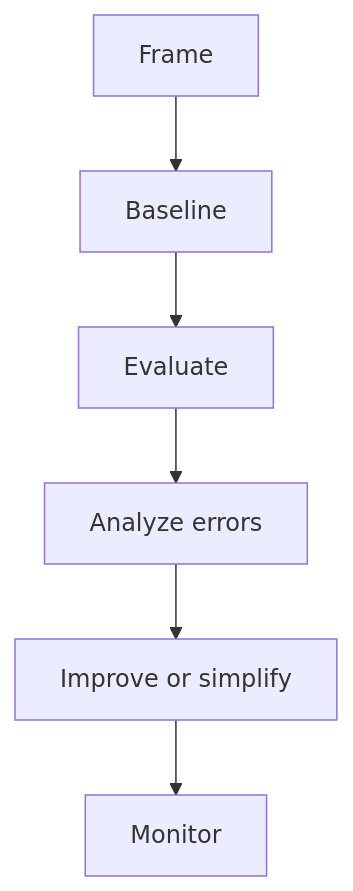
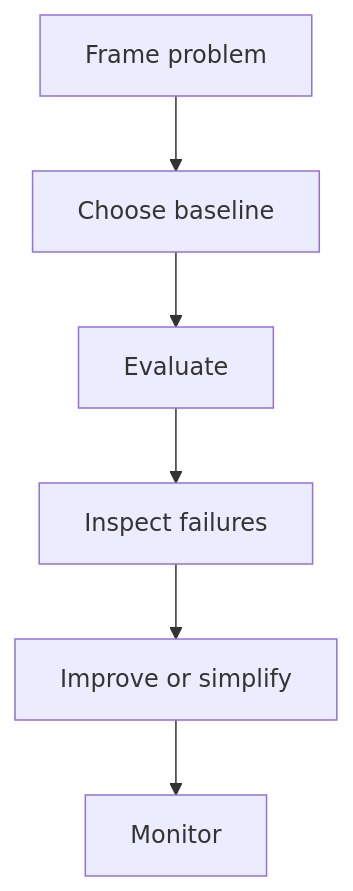
One commit to Icon1cc/Machine-Learning changed the diagram in cheatsheets/01-ml-fundamentals-cheatsheet.md. Above: the diagram before and after it, drawn with Mermaid. The commit also changed other lines of this file and 72 other files, not shown here.

````diff
--- a/cheatsheets/01-ml-fundamentals-cheatsheet.md
+++ b/cheatsheets/01-ml-fundamentals-cheatsheet.md
@@ -42,8 +56,8 @@
 ```mermaid
 flowchart TD
-    A[Frame] --> B[Baseline]
+    A[Frame problem] --> B[Choose baseline]
     B --> C[Evaluate]
-    C --> D[Analyze errors]
+    C --> D[Inspect failures]
     D --> E[Improve or simplify]
     E --> F[Monitor]
 ```
````
